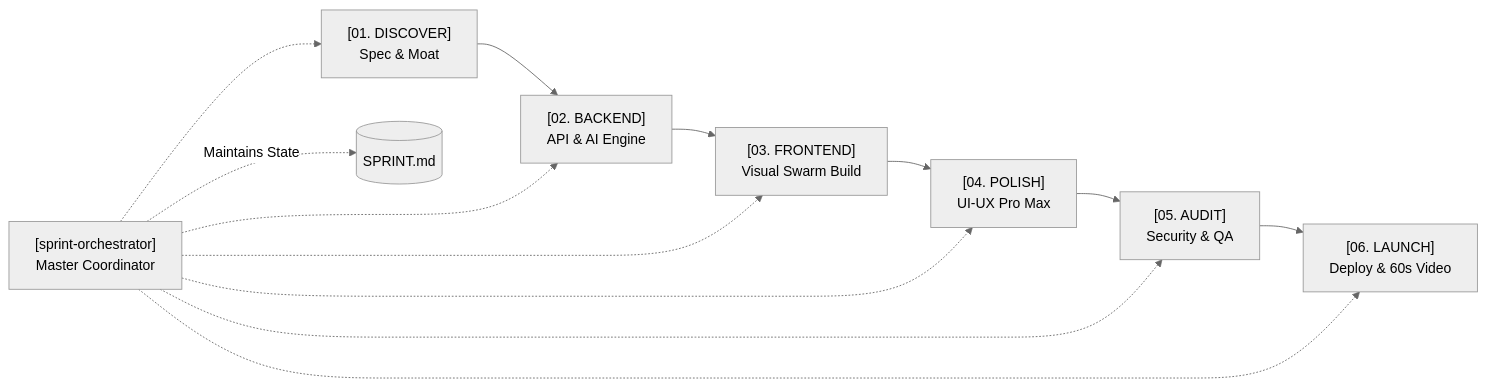
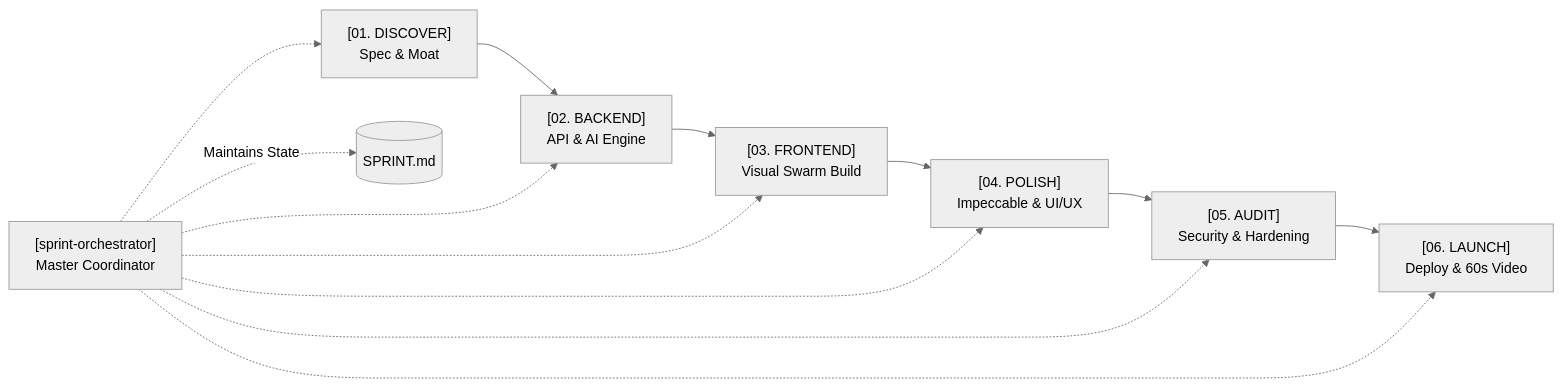
The first of 2 diagrams in README.md (VihaanR/sprint-system), drawn with Mermaid (neutral theme) before and after one commit. The commit also changed other lines of this file and 64 other files, not shown here.

````diff
--- a/README.md
+++ b/README.md
@@ -36,16 +36,16 @@
 ```mermaid
 flowchart LR
     P1["[01. DISCOVER]<br/>Spec & Moat"] --> P2["[02. BACKEND]<br/>API & AI Engine"]
     P2 --> P3["[03. FRONTEND]<br/>Visual Swarm Build"]
-    P3 --> P4["[04. POLISH]<br/>UI-UX Pro Max"]
-    P4 --> P5["[05. AUDIT]<br/>Security & QA"]
+    P3 --> P4["[04. POLISH]<br/>Impeccable & UI/UX"]
+    P4 --> P5["[05. AUDIT]<br/>Security & Hardening"]
     P5 --> P6["[06. LAUNCH]<br/>Deploy & 60s Video"]
 
     SO["[sprint-orchestrator]<br/>Master Coordinator"] -.->|Maintains State| SPRINT[("SPRINT.md")]
     SO -.-> P1
     SO -.-> P2
     SO -.-> P3
     SO -.-> P4
     SO -.-> P5
     SO -.-> P6
 ```
````
